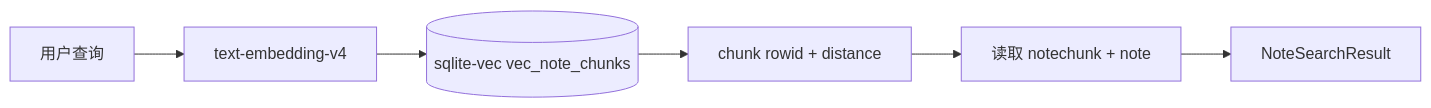
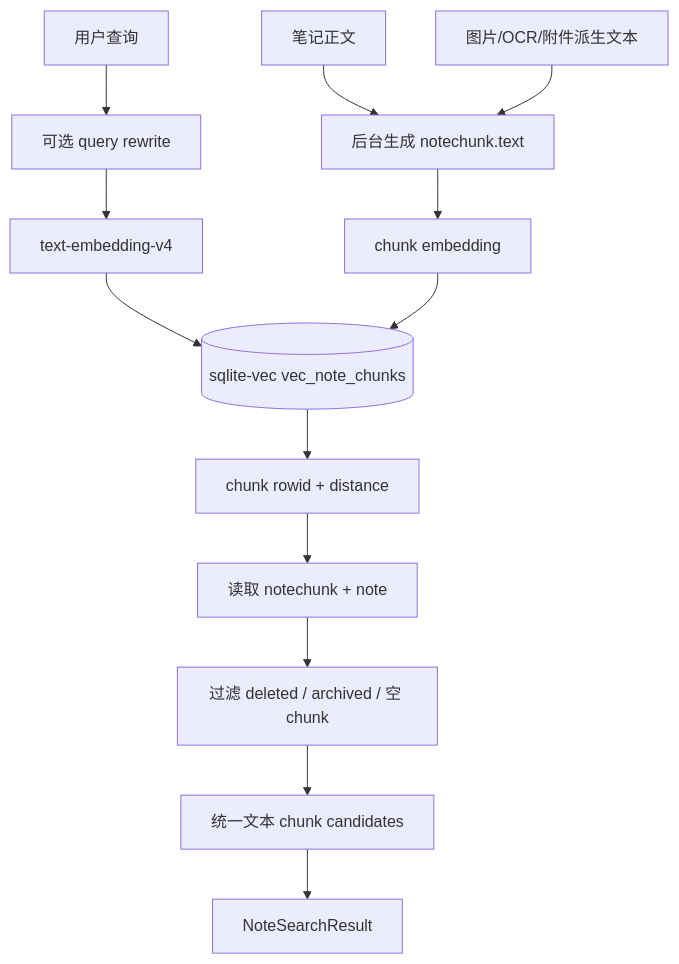
Before and after one commit to LiuJiaxuan1024/AiMemo: the diagram in docs/backend/vector-search.md, drawn with Mermaid. The commit also changed other lines of this file and 34 other files, not shown here.

Commit message:
feat: add qwen vl ocr knowledge image extraction

````diff
--- a/docs/backend/vector-search.md
+++ b/docs/backend/vector-search.md
@@ -7,8 +9,16 @@
 ```mermaid
-flowchart LR
-    Query[用户查询] --> Embed[text-embedding-v4]
+flowchart TD
+    Query[用户查询] --> Rewrite[可选 query rewrite]
+    Rewrite --> Embed[text-embedding-v4]
     Embed --> Vec[(sqlite-vec vec_note_chunks)]
     Vec --> ChunkIds[chunk rowid + distance]
     ChunkIds --> Join[读取 notechunk + note]
-    Join --> Results[NoteSearchResult]
+    Join --> Filter[过滤 deleted / archived / 空 chunk]
+    Filter --> Pack[统一文本 chunk candidates]
+    Pack --> Results[NoteSearchResult]
+
+    NoteText[笔记正文] --> BuildChunks[后台生成 notechunk.text]
+    ImageText[图片/OCR/附件派生文本] --> BuildChunks
+    BuildChunks --> ChunkEmbed[chunk embedding]
+    ChunkEmbed --> Vec
 ```
````
